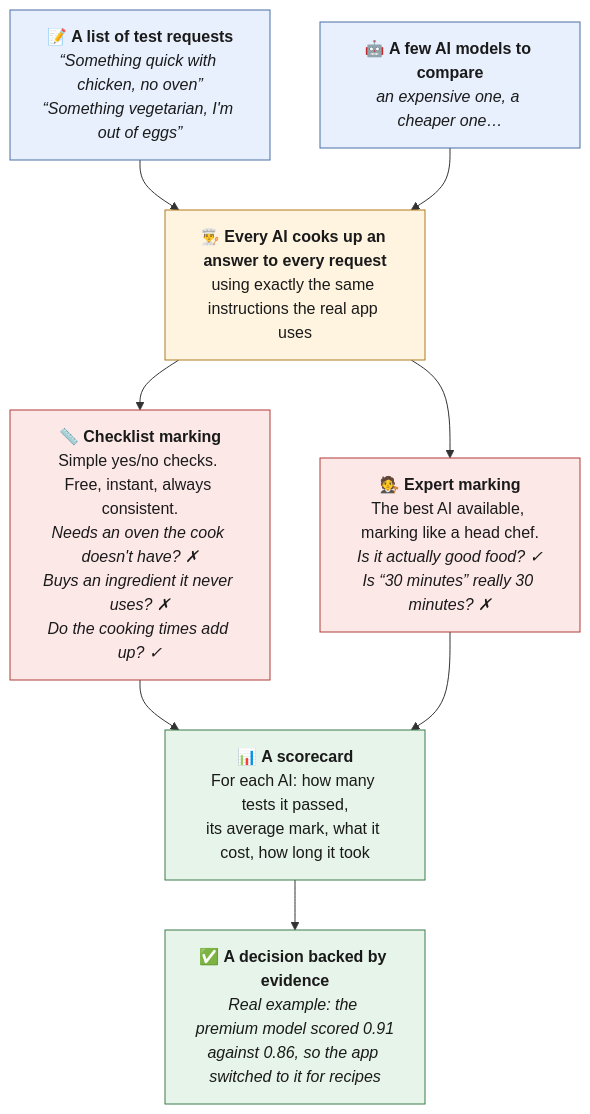
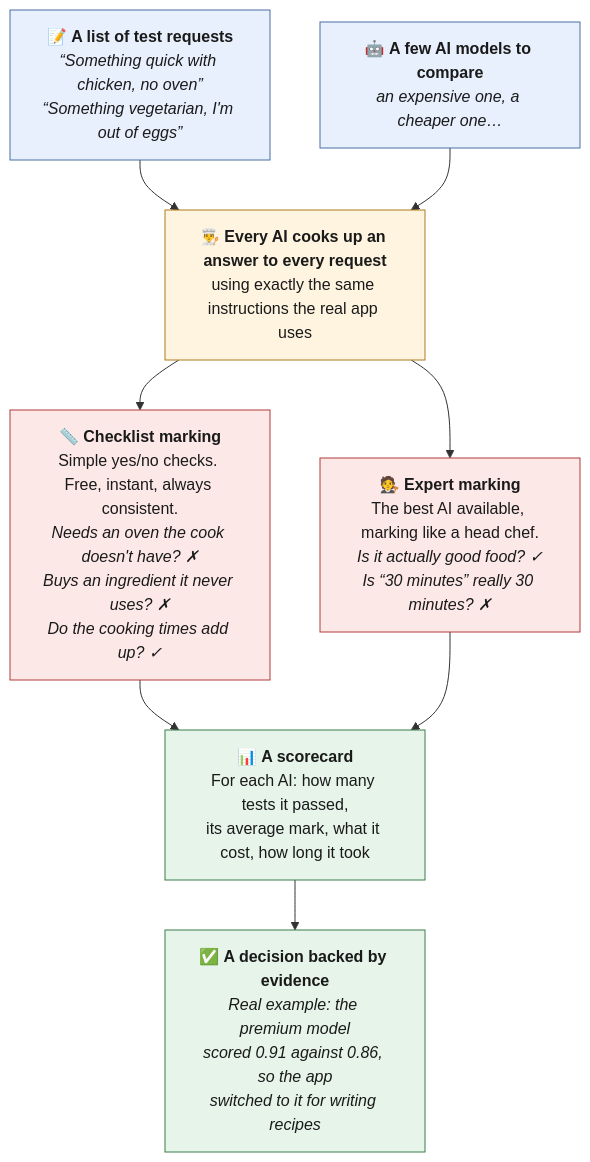
Before and after one commit to onedeeper/CookingOsEval: the diagram in README.md, drawn with Mermaid.

Commit message:
Rebalance a line break in the README diagram

````diff
--- a/README.md
+++ b/README.md
@@ -19,30 +19,30 @@
 ```mermaid
 flowchart TD
     A["📝 <b>A list of test requests</b><br/><i>“Something quick with chicken, no oven”</i><br/><i>“Something vegetarian, I'm out of eggs”</i>"]
     B["🤖 <b>A few AI models to compare</b><br/><i>an expensive one, a cheaper one…</i>"]
 
     C["👨‍🍳 <b>Every AI cooks up an answer to every request</b><br/>using exactly the same instructions the real app uses"]
 
     E["📏 <b>Checklist marking</b><br/>Simple yes/no checks. Free, instant, always consistent.<br/><i>Needs an oven the cook doesn't have? ✗<br/>Buys an ingredient it never uses? ✗<br/>Do the cooking times add up? ✓</i>"]
     F["🧑‍⚖️ <b>Expert marking</b><br/>The best AI available, marking like a head chef.<br/><i>Is it actually good food? ✓<br/>Is “30 minutes” really 30 minutes? ✗</i>"]
 
     G["📊 <b>A scorecard</b><br/>For each AI: how many tests it passed,<br/>its average mark, what it cost, how long it took"]
-    H["✅ <b>A decision backed by evidence</b><br/><i>Real example: the premium model scored 0.91<br/>against 0.86, so the app switched to it for recipes</i>"]
+    H["✅ <b>A decision backed by evidence</b><br/><i>Real example: the premium model<br/>scored 0.91 against 0.86, so the app<br/>switched to it for writing recipes</i>"]
 
     A --> C
     B --> C
     C --> E
     C --> F
     E --> G
     F --> G
     G --> H
 
     classDef input fill:#e8f0fe,stroke:#4a6fa5,color:#1a1a1a
     classDef step fill:#fff4e0,stroke:#b07a1f,color:#1a1a1a
     classDef grade fill:#fde8e8,stroke:#b03a3a,color:#1a1a1a
     classDef output fill:#e6f4ea,stroke:#3a7d4a,color:#1a1a1a
     class A,B input
     class C step
     class E,F grade
     class G,H output
 ```
````
